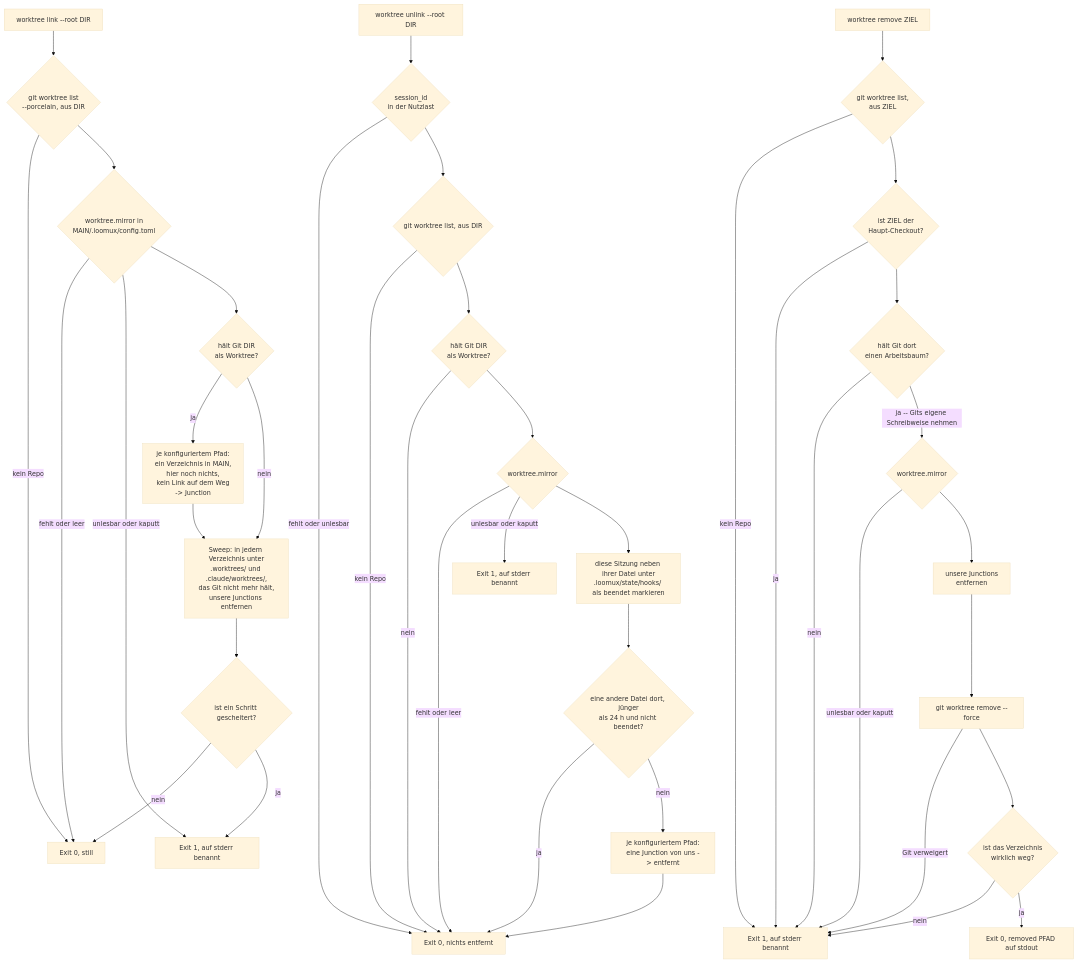
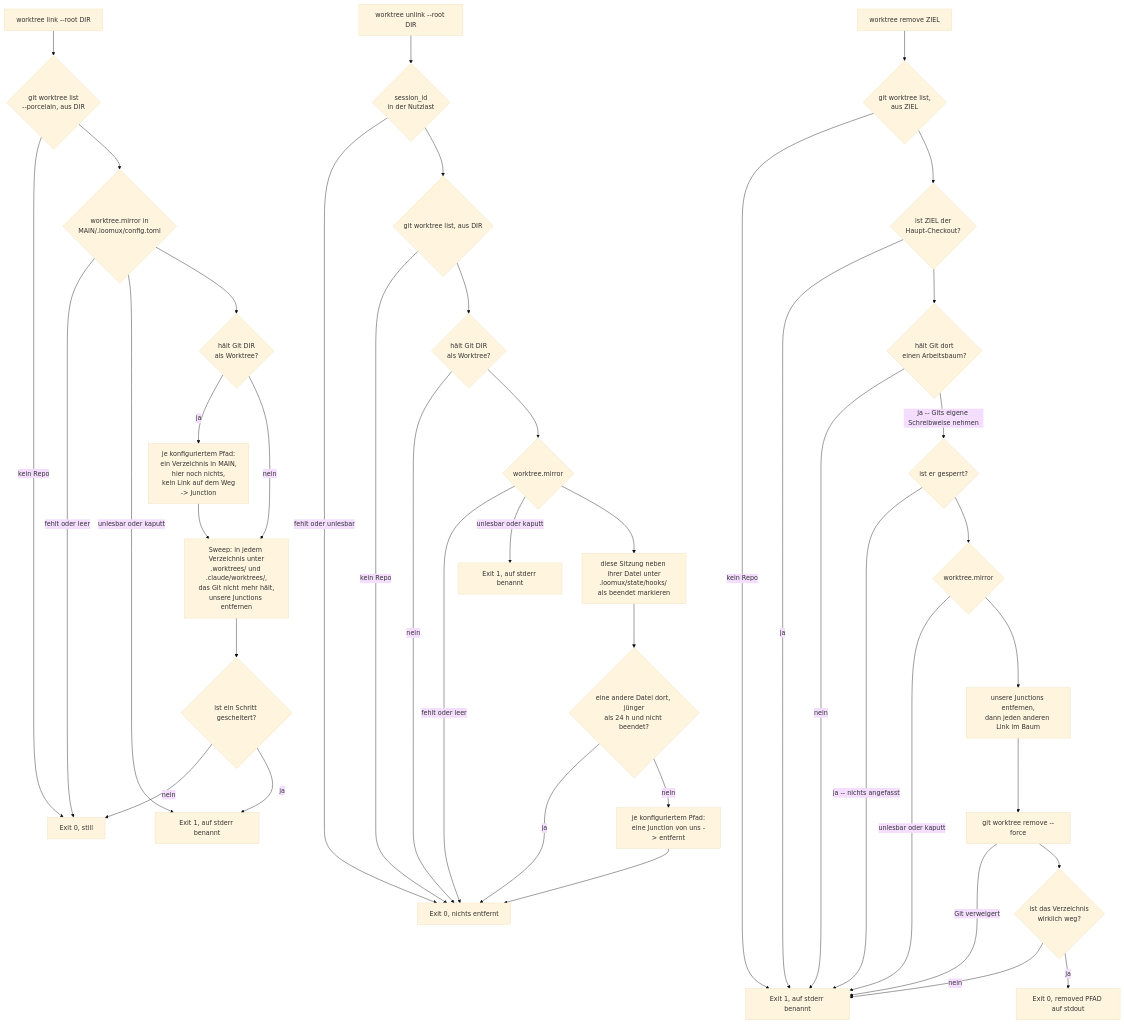
The third of 3 diagrams in docs/de/hooks.md (xidus90/loomux), drawn with Mermaid (base theme) before and after one commit. The commit also changed other lines of this file and 26 other files, not shown here.

````diff
--- a/docs/de/hooks.md
+++ b/docs/de/hooks.md
@@ -1200,45 +1257,47 @@
 ```mermaid
 flowchart TD
     start["worktree link --root DIR"] --> topo{"git worktree list<br/>--porcelain, aus DIR"}
     topo -->|"kein Repo"| silent["Exit 0, still"]
     topo --> cfg{"worktree.mirror in<br/>MAIN/.loomux/config.toml"}
     cfg -->|"fehlt oder leer"| silent
     cfg -->|"unlesbar oder kaputt"| loud["Exit 1, auf stderr benannt"]
     cfg --> wt{"hält Git DIR<br/>als Worktree?"}
     wt -->|"ja"| link["je konfiguriertem Pfad:<br/>ein Verzeichnis in MAIN,<br/>hier noch nichts,<br/>kein Link auf dem Weg<br/>-> Junction"]
     wt -->|"nein"| sweep
     link --> sweep["Sweep: in jedem Verzeichnis unter<br/>.worktrees/ und .claude/worktrees/,<br/>das Git nicht mehr hält,<br/>unsere Junctions entfernen"]
     sweep --> verdict{"ist ein Schritt gescheitert?"}
     verdict -->|"nein"| silent
     verdict -->|"ja"| loud
 
     stop["worktree unlink --root DIR"] --> payload{"session_id<br/>in der Nutzlast"}
     payload -->|"fehlt oder unlesbar"| silent2["Exit 0, nichts entfernt"]
     payload --> topo2{"git worktree list, aus DIR"}
     topo2 -->|"kein Repo"| silent2
     topo2 --> wt2{"hält Git DIR<br/>als Worktree?"}
     wt2 -->|"nein"| silent2
     wt2 --> cfg2{"worktree.mirror"}
     cfg2 -->|"fehlt oder leer"| silent2
     cfg2 -->|"unlesbar oder kaputt"| loud2["Exit 1, auf stderr benannt"]
     cfg2 --> forget["diese Sitzung neben ihrer Datei unter<br/>.loomux/state/hooks/ als beendet markieren"]
     forget --> count{"eine andere Datei dort, jünger<br/>als 24 h und nicht beendet?"}
     count -->|"ja"| silent2
     count -->|"nein"| unlink["je konfiguriertem Pfad:<br/>eine Junction von uns -> entfernt"]
     unlink --> silent2
 
     hand["worktree remove ZIEL"] --> topo3{"git worktree list,<br/>aus ZIEL"}
     topo3 -->|"kein Repo"| fault["Exit 1, auf stderr benannt"]
     topo3 --> ismain{"ist ZIEL der<br/>Haupt-Checkout?"}
     ismain -->|"ja"| fault
     ismain --> held{"hält Git dort<br/>einen Arbeitsbaum?"}
     held -->|"nein"| fault
-    held -->|"ja -- Gits eigene Schreibweise nehmen"| cfg3{"worktree.mirror"}
+    held -->|"ja -- Gits eigene Schreibweise nehmen"| locked3{"ist er gesperrt?"}
+    locked3 -->|"ja -- nichts angefasst"| fault
+    locked3 --> cfg3{"worktree.mirror"}
     cfg3 -->|"unlesbar oder kaputt"| fault
-    cfg3 --> unlink3["unsere Junctions<br/>entfernen"]
+    cfg3 --> unlink3["unsere Junctions entfernen,<br/>dann jeden anderen Link im Baum"]
     unlink3 --> gitrm["git worktree remove --force"]
     gitrm -->|"Git verweigert"| fault
     gitrm --> gone{"ist das Verzeichnis<br/>wirklich weg?"}
     gone -->|"nein"| fault
     gone -->|"ja"| removed["Exit 0, removed PFAD auf stdout"]
 ```
````
